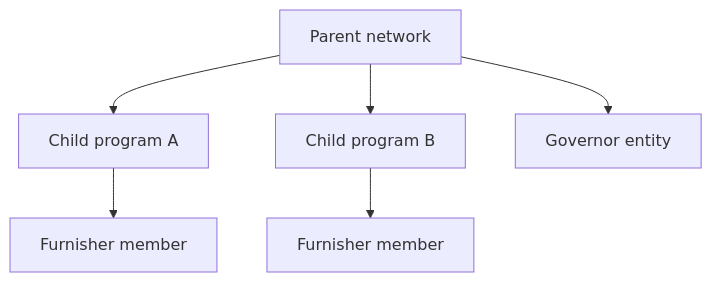
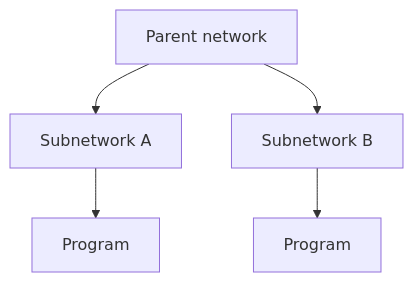
Before and after one commit to solo-finance/docs: the first of 2 diagrams in concepts/networks.mdx, drawn with Mermaid. The commit also changed other lines of this file and 67 other files, not shown here.

````diff
--- a/concepts/networks.mdx
+++ b/concepts/networks.mdx
@@ -13,8 +41,7 @@
 ```mermaid
 graph TD
-    Parent[Parent network] --> ProgramA[Child program A]
-    Parent --> ProgramB[Child program B]
-    Parent --> Governor[Governor entity]
-    ProgramA --> FurnisherA[Furnisher member]
-    ProgramB --> FurnisherB[Furnisher member]
+    Parent[Parent network] --> SubA[Subnetwork A]
+    Parent --> SubB[Subnetwork B]
+    SubA --> ProgA[Program]
+    SubB --> ProgB[Program]
 ```
````
